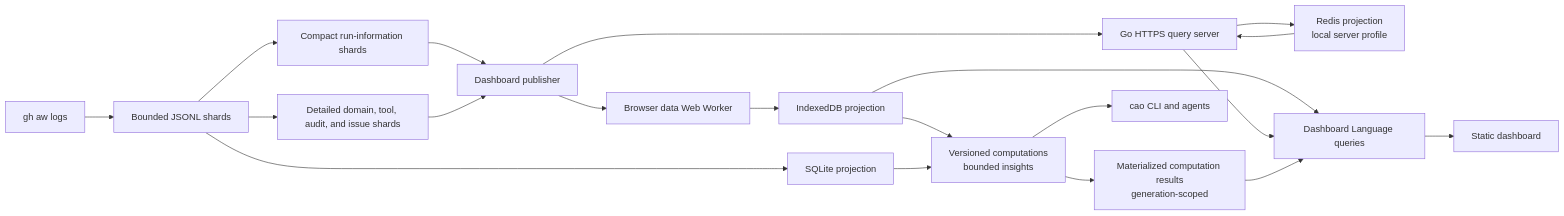
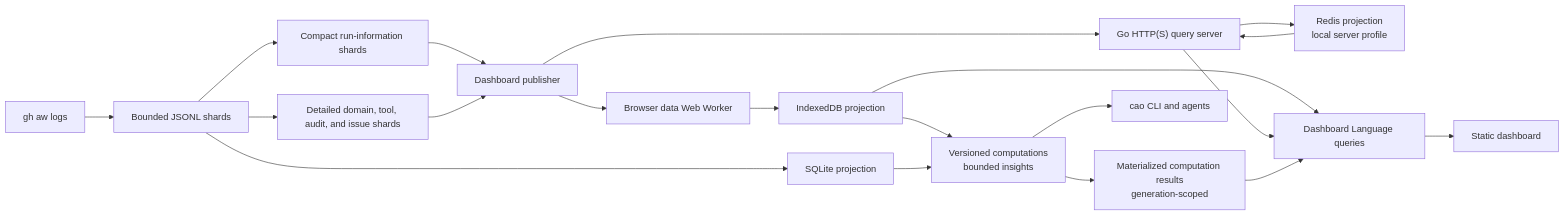
Before and after one commit to githubnext/gh-aw-cao: the second of 2 diagrams in ARCHITECTURE.md, drawn with Mermaid. The commit also changed other lines of this file and 11 other files, not shown here.

````diff
--- a/ARCHITECTURE.md
+++ b/ARCHITECTURE.md
@@ -70,33 +70,33 @@
 ```mermaid
 flowchart LR
     Logs["gh aw logs"]
     Shards["Bounded JSONL shards"]
     Runs["Compact run-information shards"]
     Records["Detailed domain, tool, audit, and issue shards"]
     SQLite["SQLite projection"]
     Publisher["Dashboard publisher"]
     Worker["Browser data Web Worker"]
     IndexedDB["IndexedDB projection"]
     Redis["Redis projection<br/>local server profile"]
     Query["Dashboard Language queries"]
-    GoServer["Go HTTPS query server"]
+    GoServer["Go HTTP(S) query server"]
     Compute["Versioned computations<br/>bounded insights"]
     Results["Materialized computation results<br/>generation-scoped"]
     UI["Static dashboard"]
     CLI["cao CLI and agents"]
 
     Logs --> Shards
     Shards --> SQLite
     Shards --> Runs
     Shards --> Records
     Runs --> Publisher
     Records --> Publisher --> Worker
     Worker --> IndexedDB
     IndexedDB --> Query
     Publisher --> GoServer --> Redis
     Redis --> GoServer --> Query
     IndexedDB --> Compute --> Results --> Query
     SQLite --> Compute
     Query --> UI
     Compute --> CLI
 ```
````
